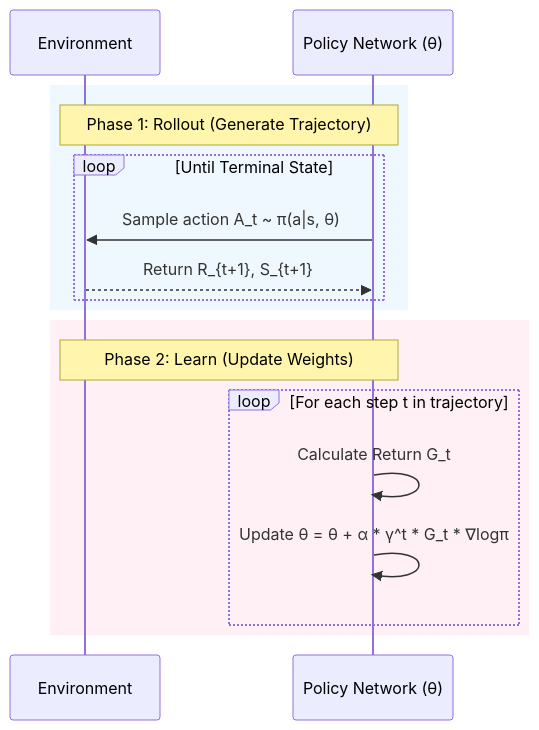
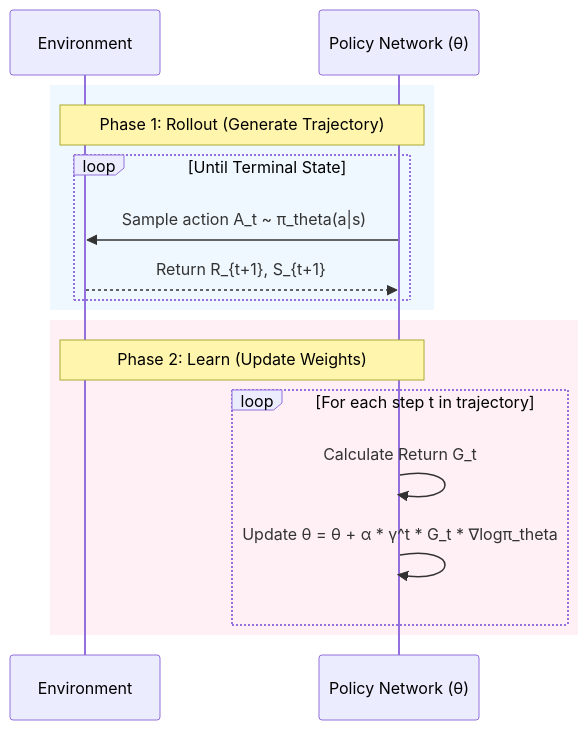
One commit to samratkar/drl changed the first of 2 diagrams in barto-sutton-graesser-keng/lecture9-policy-gradient/lecture9-policy-gradient.md. Above: the diagram before and after it, drawn with Mermaid. The commit also changed other lines of this file, not shown here.

````diff
--- a/barto-sutton-graesser-keng/lecture9-policy-gradient/lecture9-policy-gradient.md
+++ b/barto-sutton-graesser-keng/lecture9-policy-gradient/lecture9-policy-gradient.md
@@ -197,21 +162,21 @@
 ```mermaid
 sequenceDiagram
     participant Env as Environment
     participant Agent as Policy Network (θ)
     
     rect rgb(240, 248, 255)
     Note over Env, Agent: Phase 1: Rollout (Generate Trajectory)
     loop Until Terminal State
-        Agent->>Env: Sample action A_t ~ π(a|s, θ)
+        Agent->>Env: Sample action A_t ~ π_theta(a|s)
         Env-->>Agent: Return R_{t+1}, S_{t+1}
     end
     end
     
     rect rgb(255, 240, 245)
     Note over Env, Agent: Phase 2: Learn (Update Weights)
     loop For each step t in trajectory
         Agent->>Agent: Calculate Return G_t
-        Agent->>Agent: Update θ = θ + α * γ^t * G_t * ∇logπ
+        Agent->>Agent: Update θ = θ + α * γ^t * G_t * ∇logπ_theta
     end
     end
 ```
````
